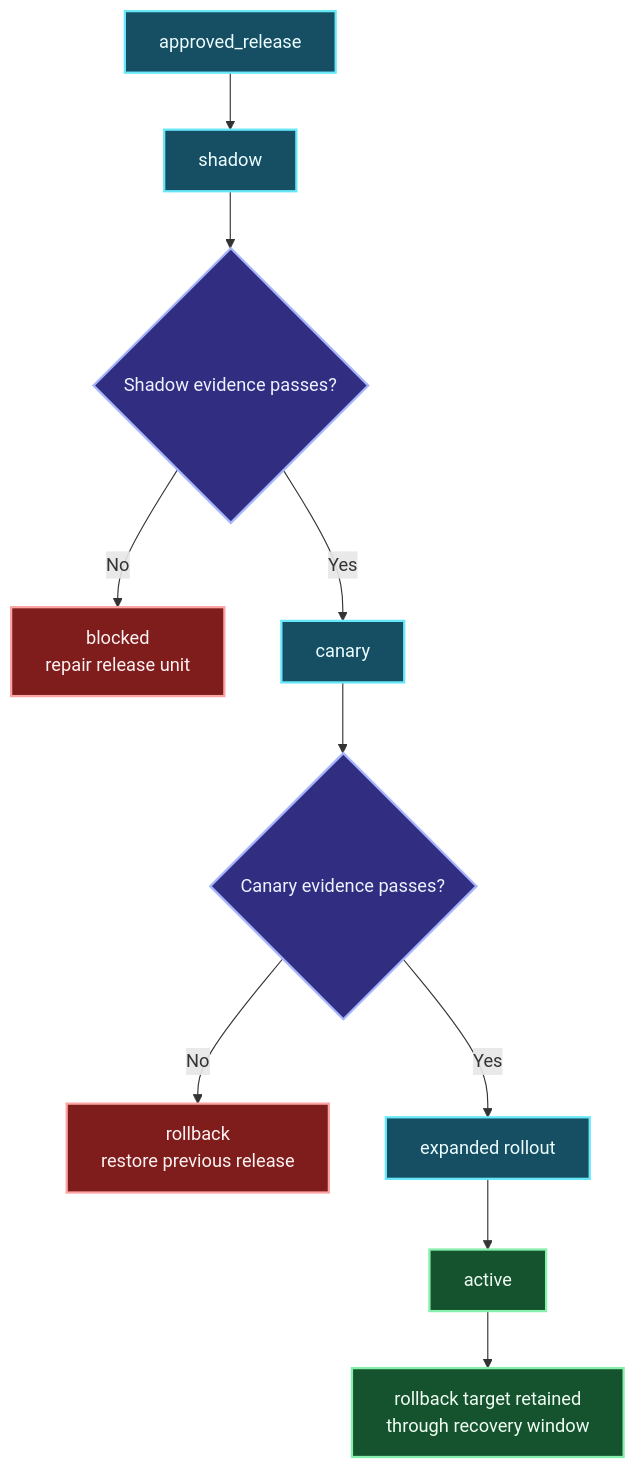
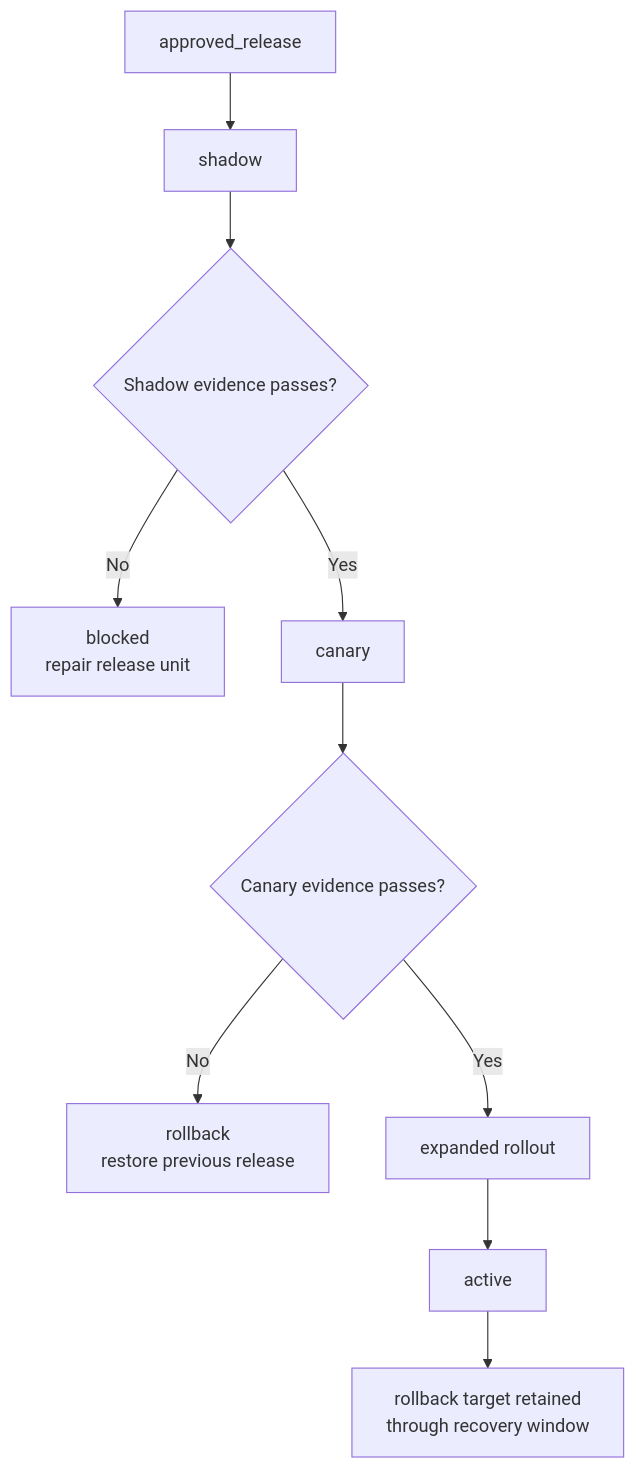
One commit to senlinyy/dev-roadmaps changed the third of 4 diagrams in roadmaps/mlops/modules/mlops-foundations/what-mlops-solves/02-ml-system-lifecycle.md. Above: the diagram before and after it, drawn with Mermaid. The commit also changed other lines of this file and 152 other files, not shown here.

Commit message:
feat: mlops and diagrams updated

````diff
--- a/roadmaps/mlops/modules/mlops-foundations/what-mlops-solves/02-ml-system-lifecycle.md
+++ b/roadmaps/mlops/modules/mlops-foundations/what-mlops-solves/02-ml-system-lifecycle.md
@@ -299,21 +295,17 @@
 ```mermaid
 flowchart TD
     A["approved_release"] --> B["shadow"]
     B --> C{"Shadow evidence passes?"}
     C -->|No| X["blocked<br/>repair release unit"]
     C -->|Yes| D["canary"]
     D --> E{"Canary evidence passes?"}
     E -->|No| F["rollback<br/>restore previous release"]
     E -->|Yes| G["expanded rollout"]
     G --> H["active"]
     H --> I["rollback target retained<br/>through recovery window"]
 
-    classDef ready fill:#164E63,stroke:#67E8F9,color:#ECFEFF,stroke-width:2px;
-    classDef decide fill:#312E81,stroke:#A5B4FC,color:#EEF2FF,stroke-width:2px;
-    classDef stop fill:#7F1D1D,stroke:#FCA5A5,color:#FEF2F2,stroke-width:2px;
-    classDef active fill:#14532D,stroke:#86EFAC,color:#F0FDF4,stroke-width:2px;
     class A,B,D,G ready;
     class C,E decide;
     class X,F stop;
     class H,I active;
 ```
````
